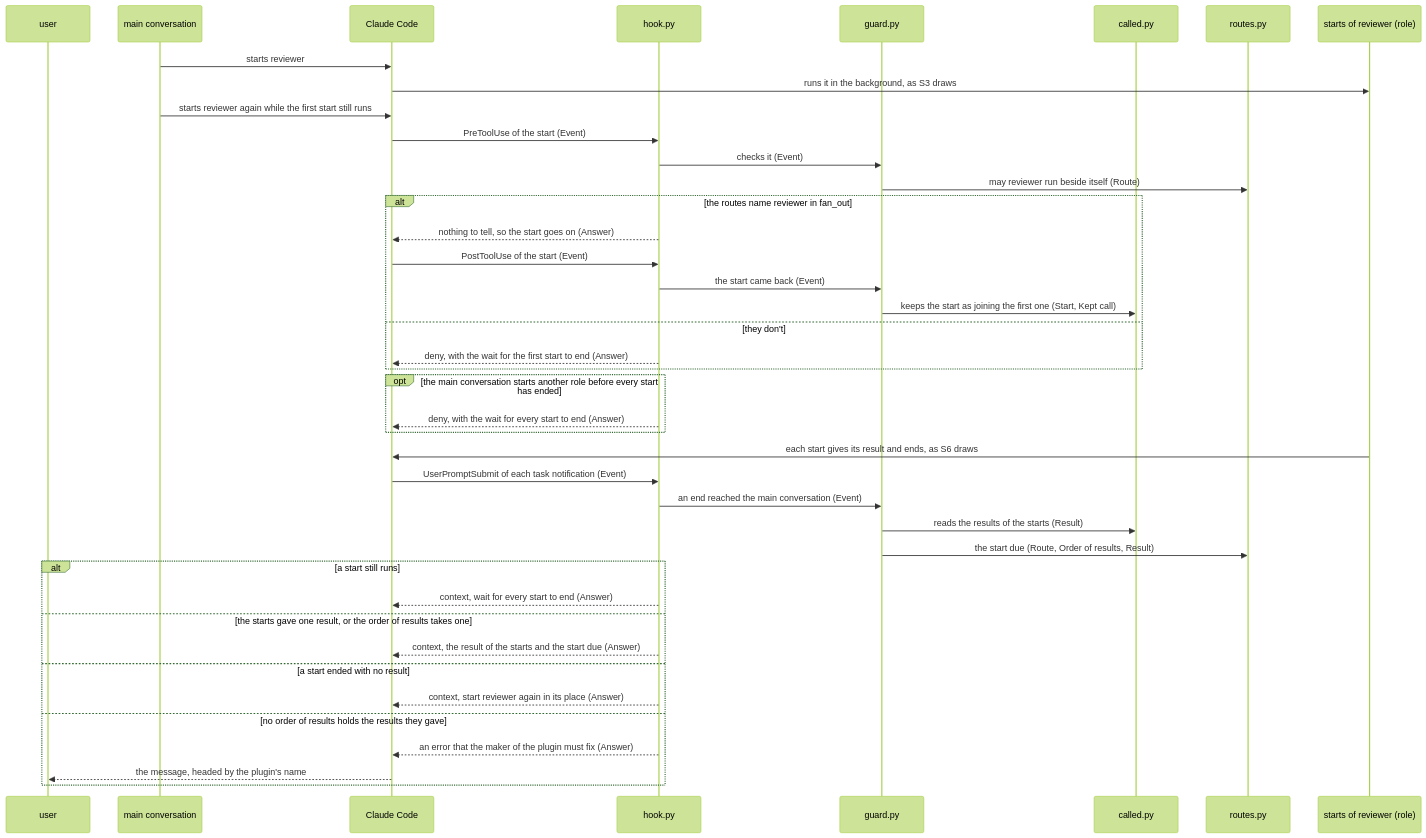
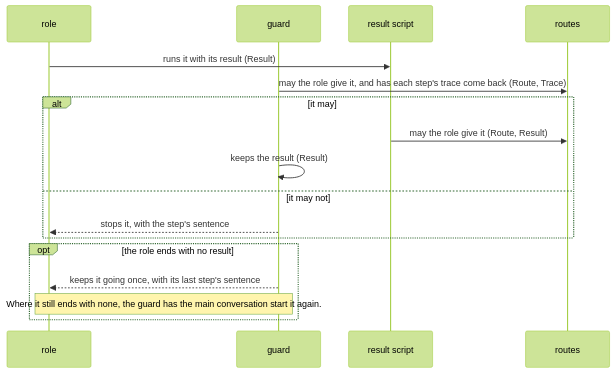
One commit to lovaizu/ccpm changed the fifth of 7 diagrams in dev/lane/architecture.md. Above: the diagram before and after it, drawn with Mermaid (forest theme). The commit also changed other lines of this file and 2 other files, not shown here.

````diff
--- a/dev/lane/architecture.md
+++ b/dev/lane/architecture.md
@@ -689,43 +272,19 @@
 ```mermaid
 sequenceDiagram
-  participant U as user
-  participant M as main conversation
-  participant CC as Claude Code
-  participant H as hook.py
-  participant G as guard.py
-  participant C as called.py
-  participant RT as routes.py
-  participant S as starts of reviewer (role)
-  M->>CC: starts reviewer
-  CC->>S: runs it in the background, as S3 draws
-  M->>CC: starts reviewer again while the first start still runs
-  CC->>H: PreToolUse of the start (Event)
-  H->>G: checks it (Event)
-  G->>RT: may reviewer run beside itself (Route)
-  alt the routes name reviewer in fan_out
-    H-->>CC: nothing to tell, so the start goes on (Answer)
-    CC->>H: PostToolUse of the start (Event)
-    H->>G: the start came back (Event)
-    G->>C: keeps the start as joining the first one (Start, Kept call)
-  else they don't
-    H-->>CC: deny, with the wait for the first start to end (Answer)
+  participant R as role
+  participant G as guard
+  participant RS as result script
+  participant RT as routes
+  R->>RS: runs it with its result (Result)
+  G->>RT: may the role give it, and has each step's trace come back (Route, Trace)
+  alt it may
+    RS->>RT: may the role give it (Route, Result)
+    G->>G: keeps the result (Result)
+  else it may not
+    G-->>R: stops it, with the step's sentence
   end
-  opt the main conversation starts another role before every start has ended
-    H-->>CC: deny, with the wait for every start to end (Answer)
-  end
-  S->>CC: each start gives its result and ends, as S6 draws
-  CC->>H: UserPromptSubmit of each task notification (Event)
-  H->>G: an end reached the main conversation (Event)
-  G->>C: reads the results of the starts (Result)
-  G->>RT: the start due (Route, Order of results, Result)
-  alt a start still runs
-    H-->>CC: context, wait for every start to end (Answer)
-  else the starts gave one result, or the order of results takes one
-    H-->>CC: context, the result of the starts and the start due (Answer)
-  else a start ended with no result
-    H-->>CC: context, start reviewer again in its place (Answer)
-  else no order of results holds the results they gave
-    H-->>CC: an error that the maker of the plugin must fix (Answer)
-    CC-->>U: the message, headed by the plugin's name
+  opt the role ends with no result
+    G-->>R: keeps it going once, with its last step's sentence
+    Note over R,G: Where it still ends with none, the guard has the main conversation start it again.
   end
 ```
````
